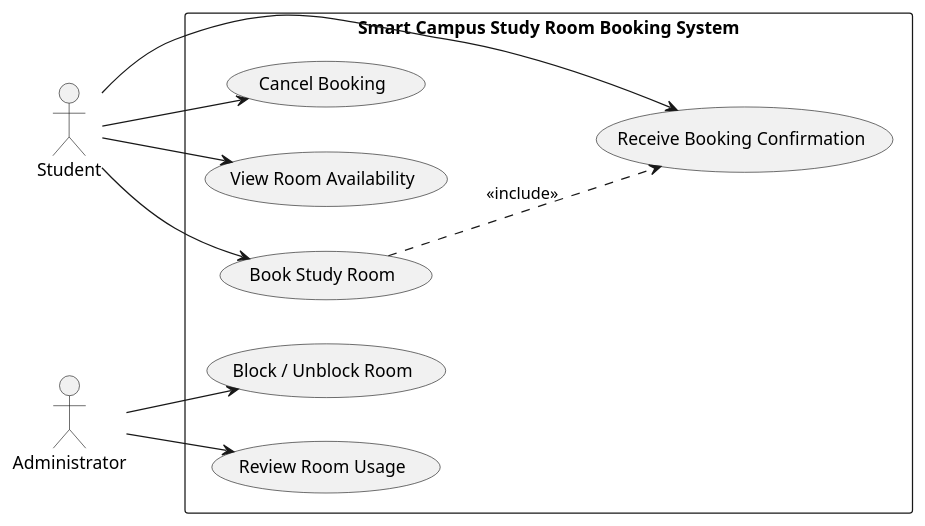
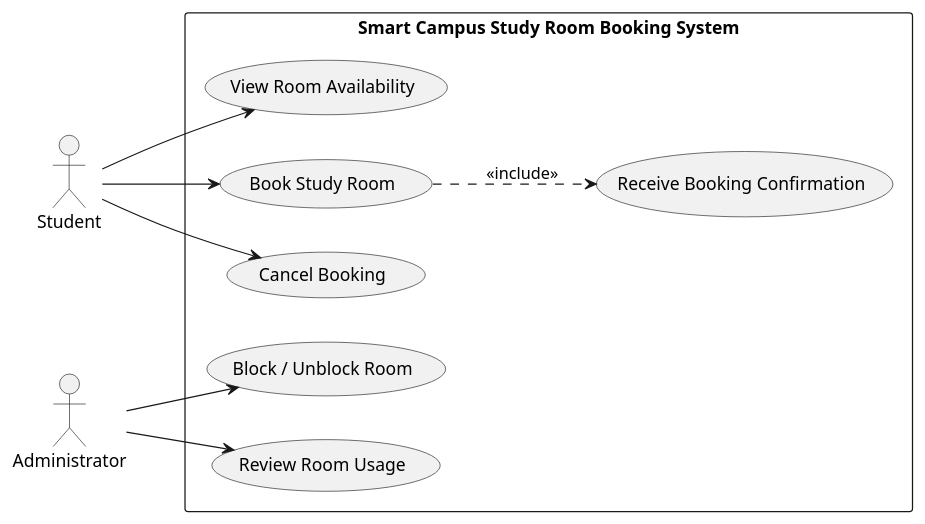
The diagram in week-04/models/use-case.puml (ZhagiparIIDidar/SE-practice), drawn with PlantUML before and after one commit. The commit also changed 3 other files, not shown here.

```diff
--- a/week-04/models/use-case.puml
+++ b/week-04/models/use-case.puml
@@ -1,28 +1,27 @@
 @startuml
 left to right direction
 
 actor Student
 actor Administrator
 
 rectangle "Smart Campus Study Room Booking System" {
 
     usecase "View Room Availability" as UC01
     usecase "Book Study Room" as UC02
     usecase "Cancel Booking" as UC03
     usecase "Block / Unblock Room" as UC04
     usecase "Review Room Usage" as UC05
     usecase "Receive Booking Confirmation" as UC06
 }
 
 Student --> UC01
 Student --> UC02
 Student --> UC03
-Student --> UC06
 
 Administrator --> UC04
 Administrator --> UC05
 
-' why: R4 - a booking confirmation is required after a successful room booking
+' why: R4 - a successful booking always produces a confirmation, so the confirmation is part of booking, not a separate actor goal
 UC02 ..> UC06 : <<include>>
 
 @enduml
```
